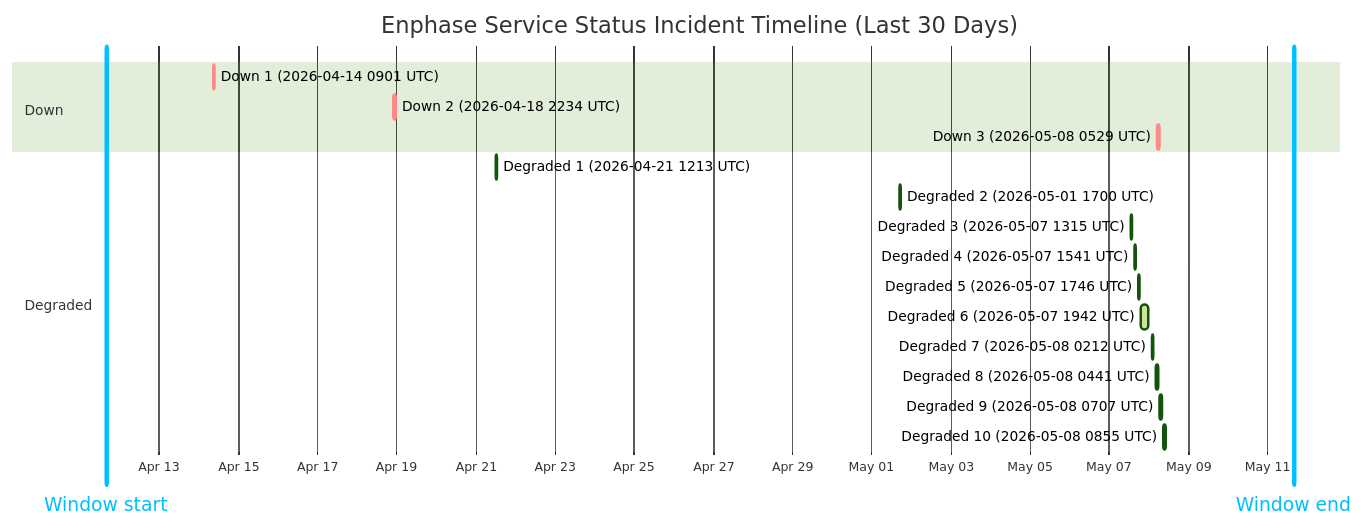
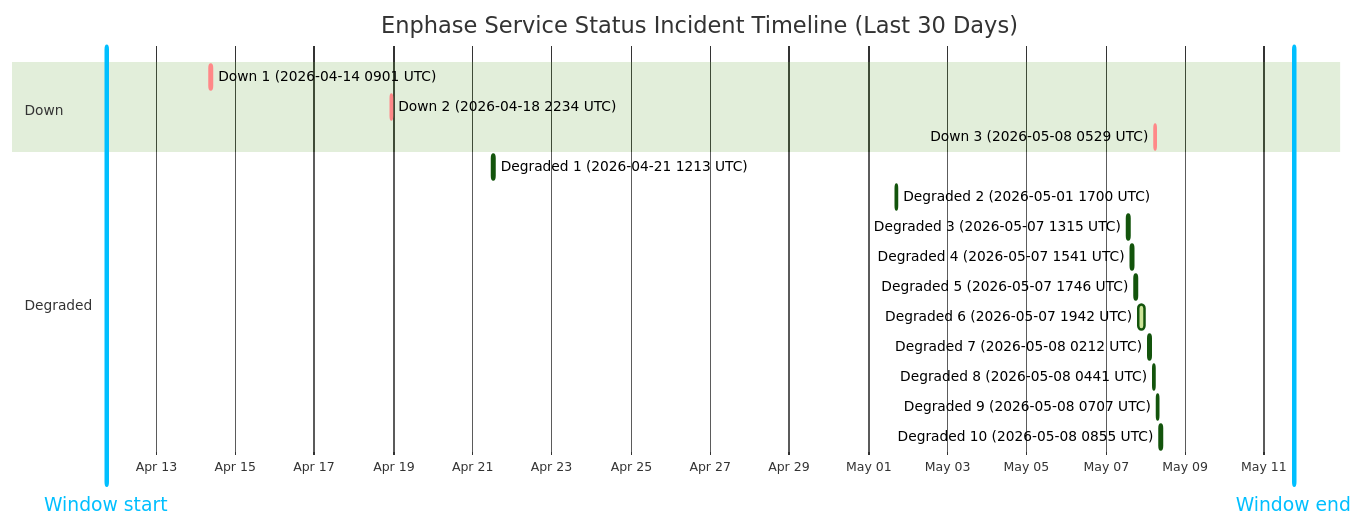
Before and after one commit to barneyonline/ha-enphase-ev-charger: the diagram in wiki/Service-Status-History.md, drawn with Mermaid (forest theme). The commit also changed other lines of this file and 3 other files, not shown here.

````diff
--- a/wiki/Service-Status-History.md
+++ b/wiki/Service-Status-History.md
@@ -14,23 +14,23 @@
 ```mermaid
 gantt
     title Enphase Service Status Incident Timeline (Last 30 Days)
     dateFormat  YYYY-MM-DDTHH:mm:ss
     axisFormat  %b %d
-    Window start :vert, window-start, 2026-04-11T15:54:30, 0ms
-    Window end :vert, window-end, 2026-05-11T15:54:30, 0ms
+    Window start :vert, window-start, 2026-04-11T17:53:19, 0ms
+    Window end :vert, window-end, 2026-05-11T17:53:19, 0ms
     section Down
     Down 1 (2026-04-14 0901 UTC) :crit, down-1, 2026-04-14T09:01:13, 60m
     Down 2 (2026-04-18 2234 UTC) :crit, down-2, 2026-04-18T22:34:13, 60m
     Down 3 (2026-05-08 0529 UTC) :crit, down-3, 2026-05-08T05:29:47, 60m
     section Degraded
     Degraded 1 (2026-04-21 1213 UTC) :active, degraded-1, 2026-04-21T12:13:11, 60m
     Degraded 2 (2026-05-01 1700 UTC) :active, degraded-2, 2026-05-01T17:00:22, 60m
     Degraded 3 (2026-05-07 1315 UTC) :active, degraded-3, 2026-05-07T13:15:25, 60m
     Degraded 4 (2026-05-07 1541 UTC) :active, degraded-4, 2026-05-07T15:41:58, 60m
     Degraded 5 (2026-05-07 1746 UTC) :active, degraded-5, 2026-05-07T17:46:51, 60m
     Degraded 6 (2026-05-07 1942 UTC) :active, degraded-6, 2026-05-07T19:42:10, 249m
     Degraded 7 (2026-05-08 0212 UTC) :active, degraded-7, 2026-05-08T02:12:39, 60m
     Degraded 8 (2026-05-08 0441 UTC) :active, degraded-8, 2026-05-08T04:41:46, 60m
     Degraded 9 (2026-05-08 0707 UTC) :active, degraded-9, 2026-05-08T07:07:30, 60m
     Degraded 10 (2026-05-08 0855 UTC) :active, degraded-10, 2026-05-08T08:55:20, 88m
 ```
````
